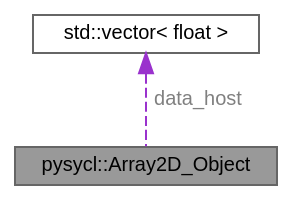
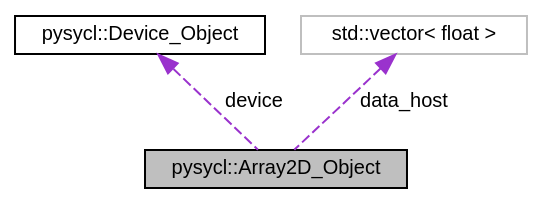
Before and after one commit to OsmanAEG/PySYCL: the diagram in docs/PySYCL_doxygen_html/classpysycl_1_1_array2_d___object__coll__graph.dot, drawn with Graphviz. The commit also changed 129 other files, not shown here.

```diff
--- a/docs/PySYCL_doxygen_html/classpysycl_1_1_array2_d___object__coll__graph.dot
+++ b/docs/PySYCL_doxygen_html/classpysycl_1_1_array2_d___object__coll__graph.dot
@@ -1,11 +1,13 @@
 digraph "pysycl::Array2D_Object"
 {
  // INTERACTIVE_SVG=YES
  // LATEX_PDF_SIZE
   bgcolor="transparent";
-  edge [fontname=Helvetica,fontsize=10,labelfontname=Helvetica,labelfontsize=10];
-  node [fontname=Helvetica,fontsize=10,shape=box,height=0.2,width=0.4];
-  Node1 [id="Node000001",label="pysycl::Array2D_Object",height=0.2,width=0.4,color="gray40", fillcolor="grey60", style="filled", fontcolor="black",tooltip="Class defining a 2D array for use in PySYCL."];
-  Node2 -> Node1 [id="edge1_Node000001_Node000002",dir="back",color="darkorchid3",style="dashed",tooltip=" ",label=" data_host",fontcolor="grey" ];
-  Node2 [id="Node000002",label="std::vector\< float \>",height=0.2,width=0.4,color="gray40", fillcolor="white", style="filled",tooltip=" "];
+  edge [fontname="Helvetica",fontsize="10",labelfontname="Helvetica",labelfontsize="10"];
+  node [fontname="Helvetica",fontsize="10",shape=record];
+  Node1 [label="pysycl::Array2D_Object",height=0.2,width=0.4,color="black", fillcolor="grey75", style="filled", fontcolor="black",tooltip="Class defining a 2D array for use in PySYCL."];
+  Node2 -> Node1 [dir="back",color="darkorchid3",fontsize="10",style="dashed",label=" device" ,fontname="Helvetica"];
+  Node2 [label="pysycl::Device_Object",height=0.2,width=0.4,color="black",URL="$classpysycl_1_1_device___object.html",tooltip="Class representing a device object."];
+  Node3 -> Node1 [dir="back",color="darkorchid3",fontsize="10",style="dashed",label=" data_host" ,fontname="Helvetica"];
+  Node3 [label="std::vector\< float \>",height=0.2,width=0.4,color="grey75",tooltip=" "];
 }
```
